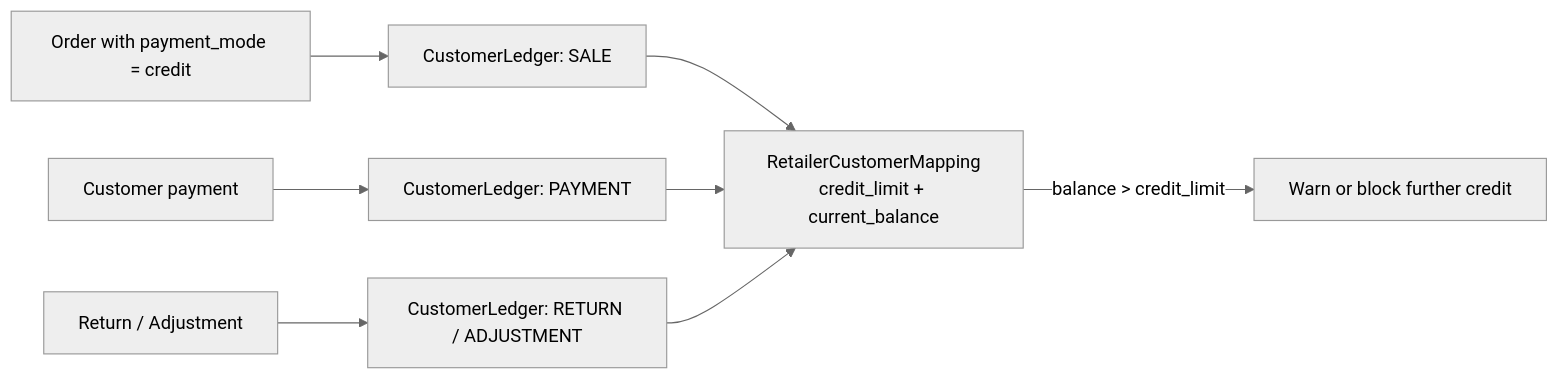
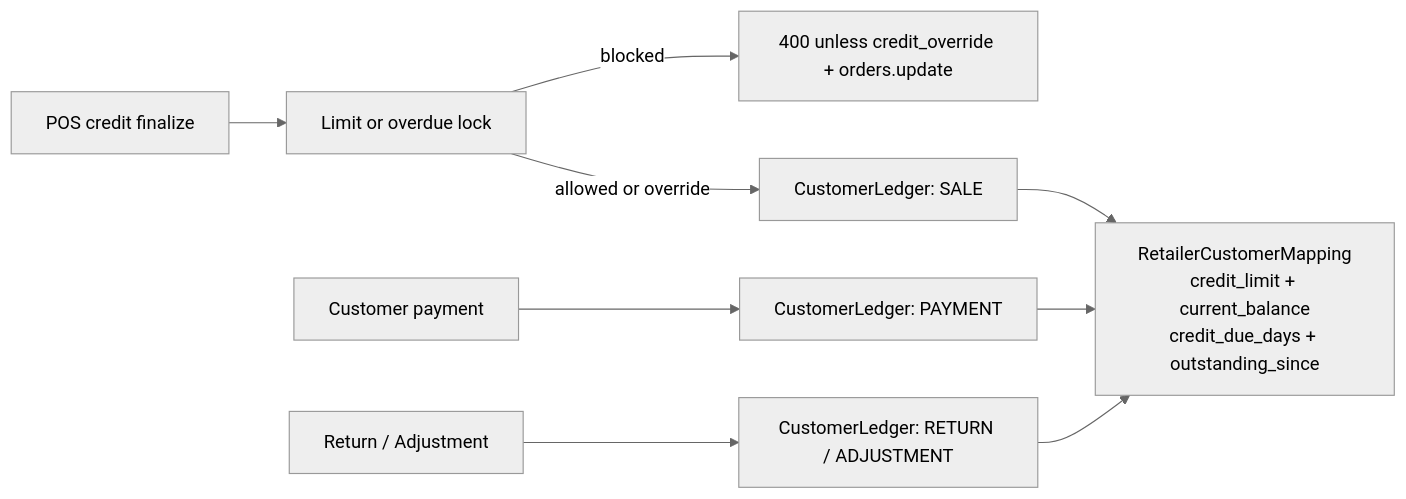
The diagram in docs/07-KEY-FLOWS/credit-khata.md (vin8003/RetailerCustomerPlatform), drawn with Mermaid (neutral theme) before and after one commit. The commit also changed other lines of this file and 7 other files, not shown here.

Commit message:
docs(OE-143): document khata credit lock and due days

````diff
--- a/docs/07-KEY-FLOWS/credit-khata.md
+++ b/docs/07-KEY-FLOWS/credit-khata.md
@@ -36,9 +40,10 @@
 ```mermaid
 flowchart LR
-    Map[RetailerCustomerMapping<br/>credit_limit + current_balance]
-    Sale[Order with payment_mode = credit] --> L1[CustomerLedger: SALE]
+    Map[RetailerCustomerMapping<br/>credit_limit + current_balance<br/>credit_due_days + outstanding_since]
+    Sale[POS credit finalize] --> Eval[Limit or overdue lock]
+    Eval -->|blocked| Block[400 unless credit_override + orders.update]
+    Eval -->|allowed or override| L1[CustomerLedger: SALE]
     Pay[Customer payment] --> L2[CustomerLedger: PAYMENT]
     Ret[Return / Adjustment] --> L3[CustomerLedger: RETURN / ADJUSTMENT]
     L1 & L2 & L3 --> Map
-    Map -->|balance > credit_limit| Block[Warn or block further credit]
 ```
````
